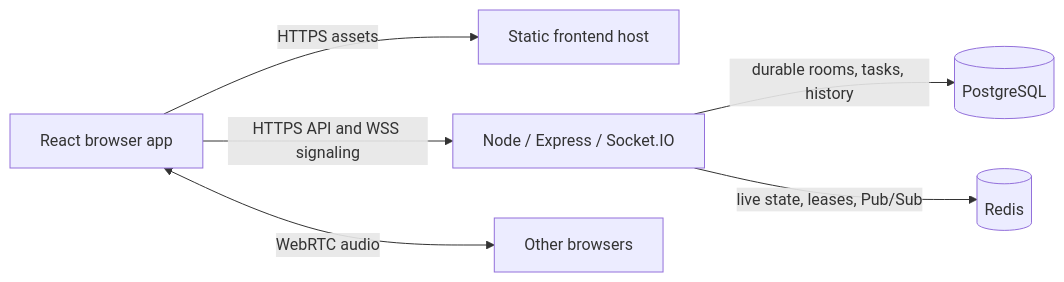
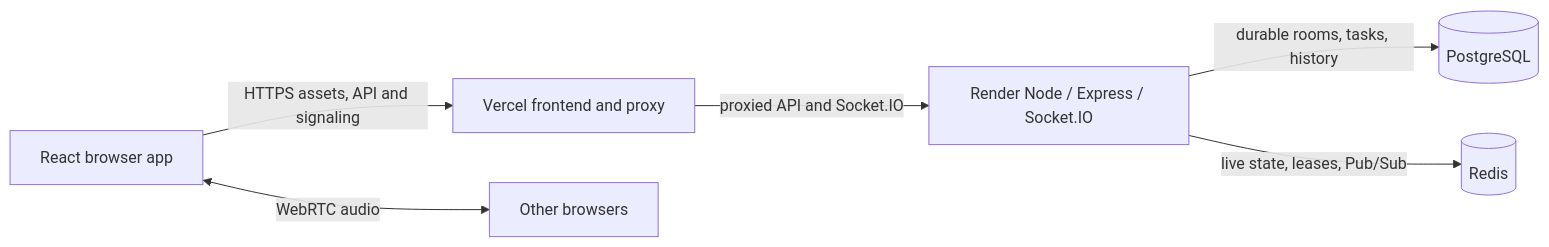
Before and after one commit to keibored/constellate: the diagram in README.md, drawn with Mermaid. The commit also changed other lines of this file and 7 other files, not shown here.

````diff
--- a/README.md
+++ b/README.md
@@ -7,8 +7,8 @@
 ```mermaid
 flowchart LR
-  Browser[React browser app] -->|HTTPS assets| CDN[Static frontend host]
-  Browser -->|HTTPS API and WSS signaling| Node[Node / Express / Socket.IO]
+  Browser[React browser app] -->|HTTPS assets, API and signaling| CDN[Vercel frontend and proxy]
+  CDN -->|proxied API and Socket.IO| Node[Render Node / Express / Socket.IO]
   Node -->|durable rooms, tasks, history| PG[(PostgreSQL)]
   Node -->|live state, leases, Pub/Sub| Redis[(Redis)]
   Browser <-->|WebRTC audio| Peer[Other browsers]
 ```
````
